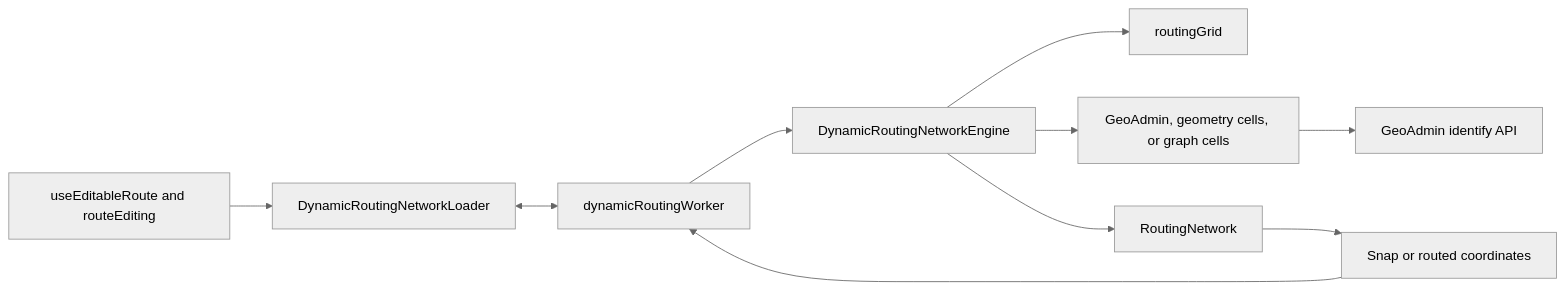
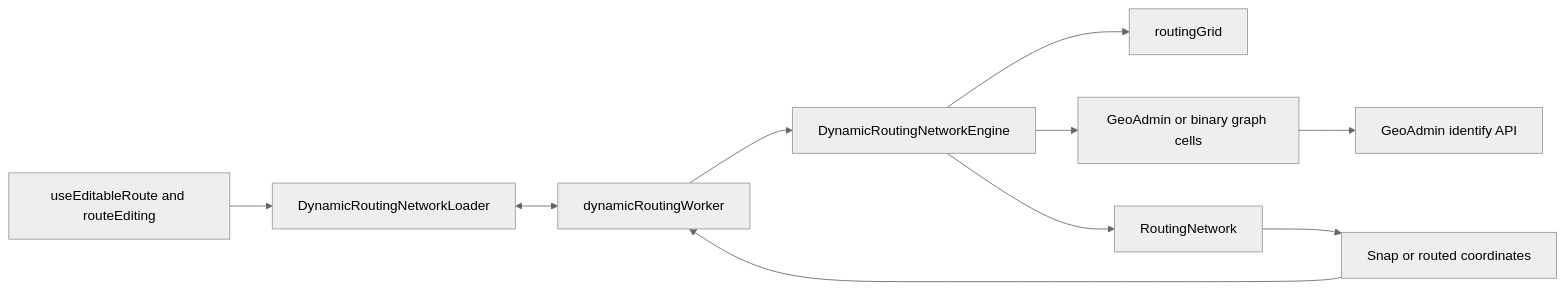
The diagram in docs/ROUTING.md (egofree71/via-helvetica), drawn with Mermaid (neutral theme) before and after one commit. The commit also changed other lines of this file and 9 other files, not shown here.

````diff
--- a/docs/ROUTING.md
+++ b/docs/ROUTING.md
@@ -66,12 +66,12 @@
 ```mermaid
 flowchart LR
     Editor[useEditableRoute and routeEditing] --> Facade[DynamicRoutingNetworkLoader]
     Facade <--> Worker[dynamicRoutingWorker]
     Worker --> Engine[DynamicRoutingNetworkEngine]
     Engine --> Grid[routingGrid]
-    Engine --> Provider[GeoAdmin, geometry cells, or graph cells]
+    Engine --> Provider[GeoAdmin or binary graph cells]
     Engine --> Router[RoutingNetwork]
     Provider --> GeoAdmin[GeoAdmin identify API]
     Router --> Result[Snap or routed coordinates]
     Result --> Worker
 ```
````
